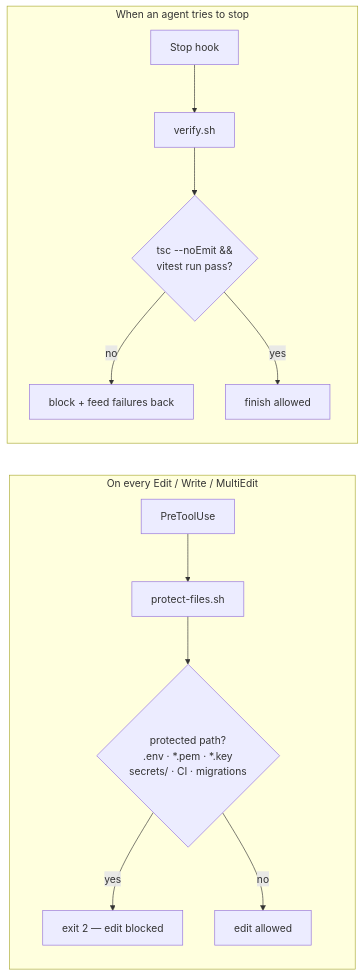
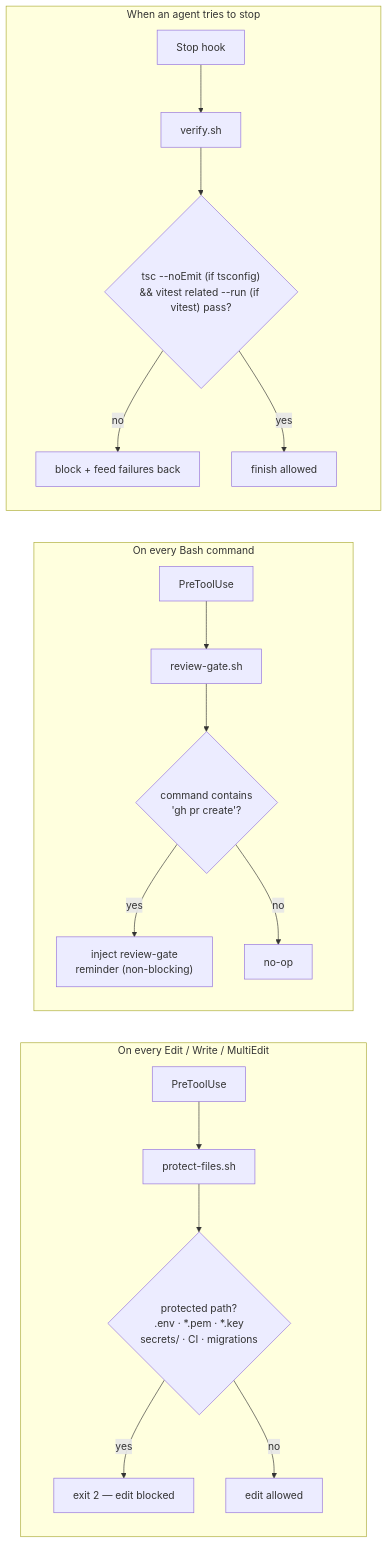
Before and after one commit to slenderman2511/AgentAutoKit: the fifth of 6 diagrams in README.md, drawn with Mermaid. The commit also changed other lines of this file and 1 other file, not shown here.

````diff
--- a/README.md
+++ b/README.md
@@ -355,17 +414,24 @@
 ```mermaid
 flowchart LR
   subgraph EVERY["On every Edit / Write / MultiEdit"]
     direction TB
     E1["PreToolUse"] --> PF["protect-files.sh"]
     PF --> PD{"protected path?<br/>.env · *.pem · *.key<br/>secrets/ · CI · migrations"}
     PD -->|yes| BLK["exit 2 — edit blocked"]
     PD -->|no| OK["edit allowed"]
   end
+  subgraph PR["On every Bash command"]
+    direction TB
+    B1["PreToolUse"] --> RG["review-gate.sh"]
+    RG --> RC{"command contains<br/>'gh pr create'?"}
+    RC -->|yes| REM["inject review-gate<br/>reminder (non-blocking)"]
+    RC -->|no| PASS["no-op"]
+  end
   subgraph FIN["When an agent tries to stop"]
     direction TB
     S1["Stop hook"] --> VF["verify.sh"]
-    VF --> VG{"tsc --noEmit &&<br/>vitest run pass?"}
+    VF --> VG{"tsc --noEmit (if tsconfig)<br/>&& vitest related --run (if vitest) pass?"}
     VG -->|no| RB["block + feed failures back"]
     VG -->|yes| DONE["finish allowed"]
   end
 ```
````
